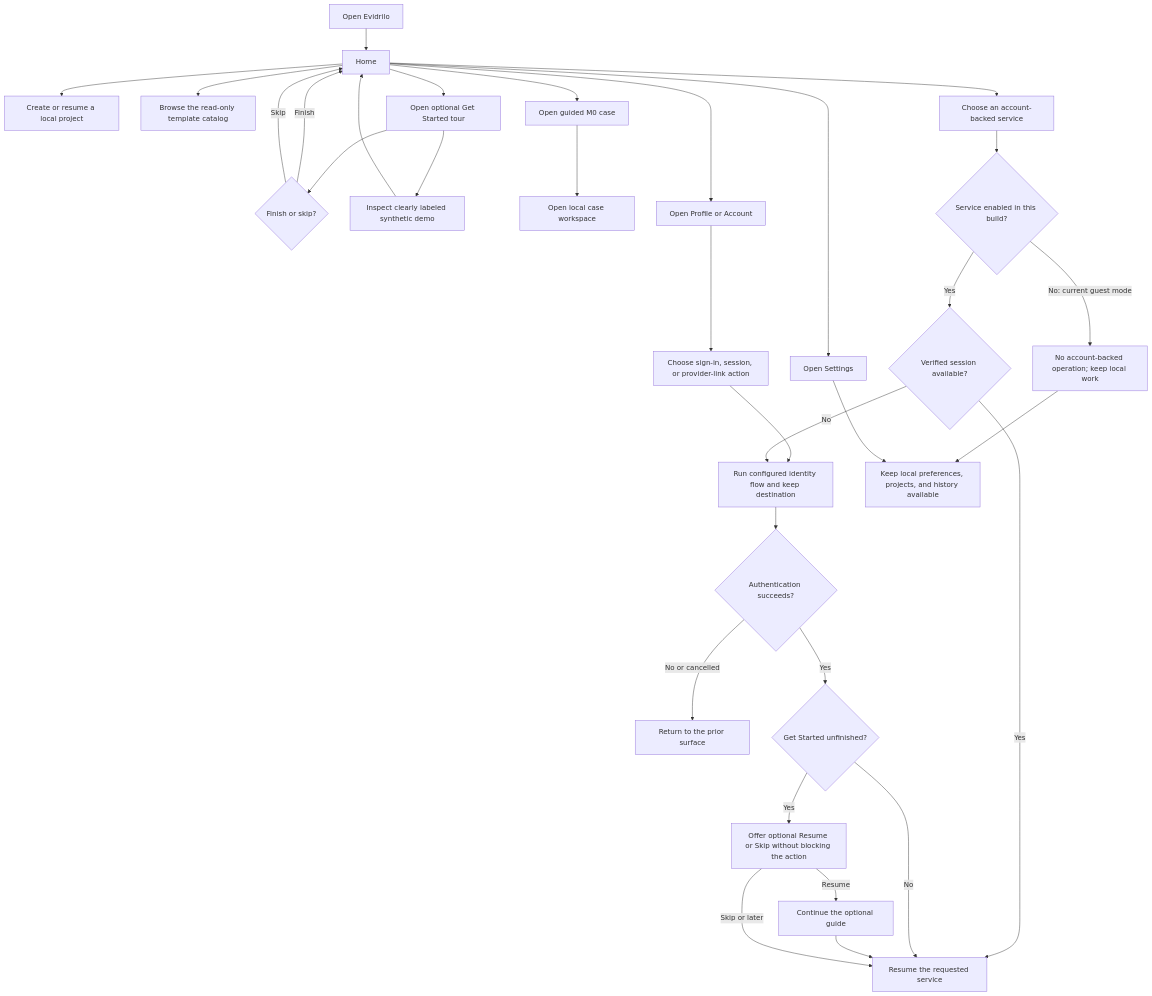
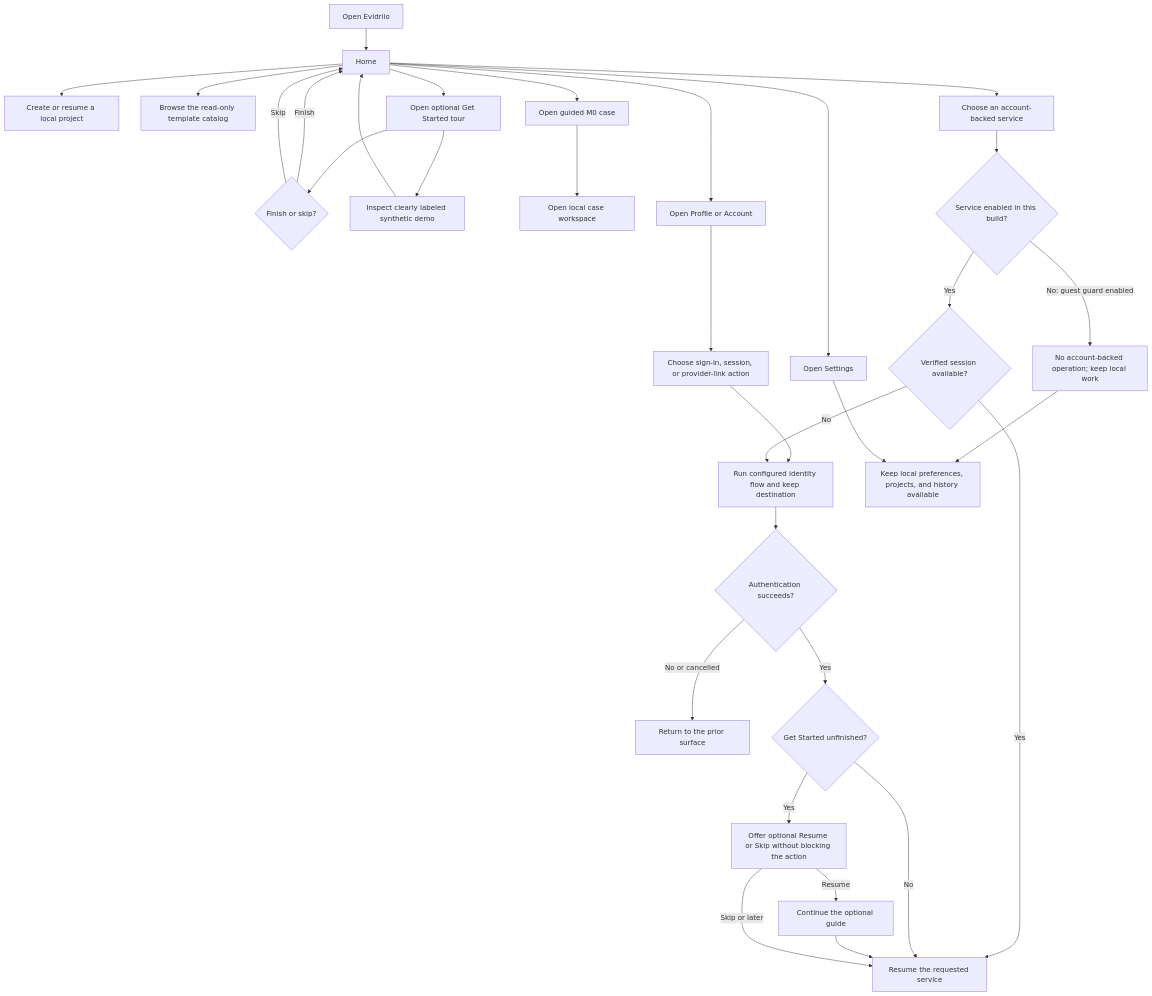
The second of 12 diagrams in docs/product/workflows.md (AndroLay/evidrilo), drawn with Mermaid before and after one commit. The commit also changed other lines of this file and 171 other files, not shown here.

```diff
--- a/docs/product/workflows.md
+++ b/docs/product/workflows.md
@@ -123,34 +130,34 @@
 ~~~mermaid
 flowchart TD
     Launch[Open Evidrilo] --> Home[Home]
     Home --> Projects[Create or resume a local project]
     Home --> Catalog[Browse the read-only template catalog]
     Home --> Guide[Open optional Get Started tour]
     Guide --> GuideChoice{Finish or skip?}
     GuideChoice -->|Finish| Home
     GuideChoice -->|Skip| Home
     Guide --> Demo[Inspect clearly labeled synthetic demo]
     Demo --> Home
     Home --> Practice[Open guided M0 case]
     Practice --> Case[Open local case workspace]
     Home --> Profile[Open Profile or Account]
     Profile --> Identity[Choose sign-in, session, or provider-link action]
     Identity --> Auth
     Home --> Protected[Choose an account-backed service]
     Protected --> ServiceReady{Service enabled in this build?}
-    ServiceReady -->|No: current guest mode| Paused[No account-backed operation; keep local work]
+    ServiceReady -->|No: guest guard enabled| Paused[No account-backed operation; keep local work]
     Paused --> LocalSurface
     ServiceReady -->|Yes| AccountCheck{Verified session available?}
     AccountCheck -->|No| Auth[Run configured identity flow and keep destination]
     AccountCheck -->|Yes| Resume[Resume the requested service]
     Auth --> AuthResult{Authentication succeeds?}
     AuthResult -->|No or cancelled| Prior[Return to the prior surface]
     AuthResult -->|Yes| GuideStatus{Get Started unfinished?}
     GuideStatus -->|No| Resume
     GuideStatus -->|Yes| GuideOffer[Offer optional Resume or Skip without blocking the action]
     GuideOffer -->|Resume| PostAuthGuide[Continue the optional guide]
     PostAuthGuide --> Resume
     GuideOffer -->|Skip or later| Resume
     Home --> Settings[Open Settings]
     Settings --> LocalSurface[Keep local preferences, projects, and history available]
 ~~~
```
